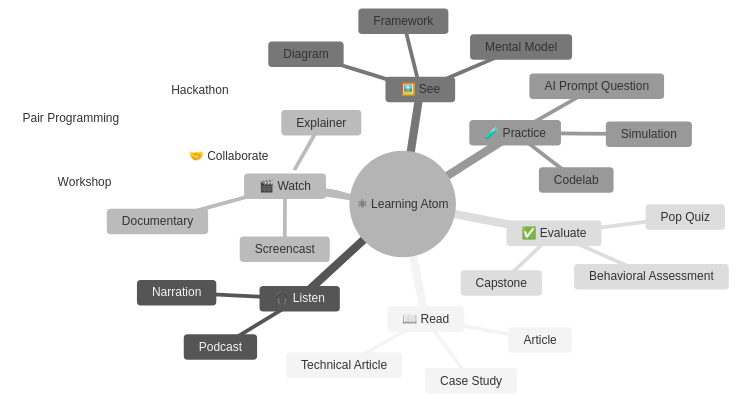
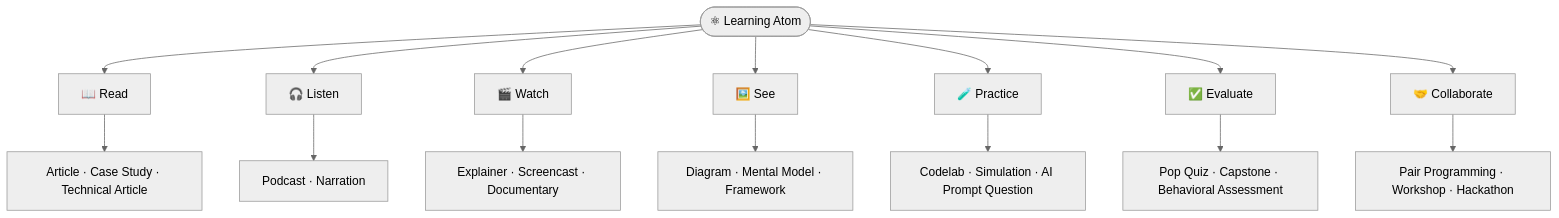
One commit to ada-school/ada-methodology changed the first of 3 diagrams in README.md. Above: the diagram before and after it, drawn with Mermaid (neutral theme). The commit also changed other lines of this file and 17 other files, not shown here.

````diff
--- a/README.md
+++ b/README.md
@@ -80,31 +80,17 @@
 ```mermaid
-mindmap
-  root((⚛ Learning Atom))
-    📖 Read
-      Article
-      Case Study
-      Technical Article
-    🎧 Listen
-      Podcast
-      Narration
-    🎬 Watch
-      Explainer
-      Screencast
-      Documentary
-    🖼️ See
-      Diagram
-      Mental Model
-      Framework
-    🧪 Practice
-      Codelab
-      Simulation
-      AI Prompt Question
-    ✅ Evaluate
-      Pop Quiz
-      Capstone
-      Behavioral Assessment
-    🤝 Collaborate
-      Pair Programming
-      Workshop
-      Hackathon
+flowchart TD
+  A(["⚛ Learning Atom"]) --> R["📖 Read"]
+  A --> L["🎧 Listen"]
+  A --> W["🎬 Watch"]
+  A --> S["🖼️ See"]
+  A --> P["🧪 Practice"]
+  A --> E["✅ Evaluate"]
+  A --> C["🤝 Collaborate"]
+  R --> R1["Article · Case Study · Technical Article"]
+  L --> L1["Podcast · Narration"]
+  W --> W1["Explainer · Screencast · Documentary"]
+  S --> S1["Diagram · Mental Model · Framework"]
+  P --> P1["Codelab · Simulation · AI Prompt Question"]
+  E --> E1["Pop Quiz · Capstone · Behavioral Assessment"]
+  C --> C1["Pair Programming · Workshop · Hackathon"]
 ```
````
